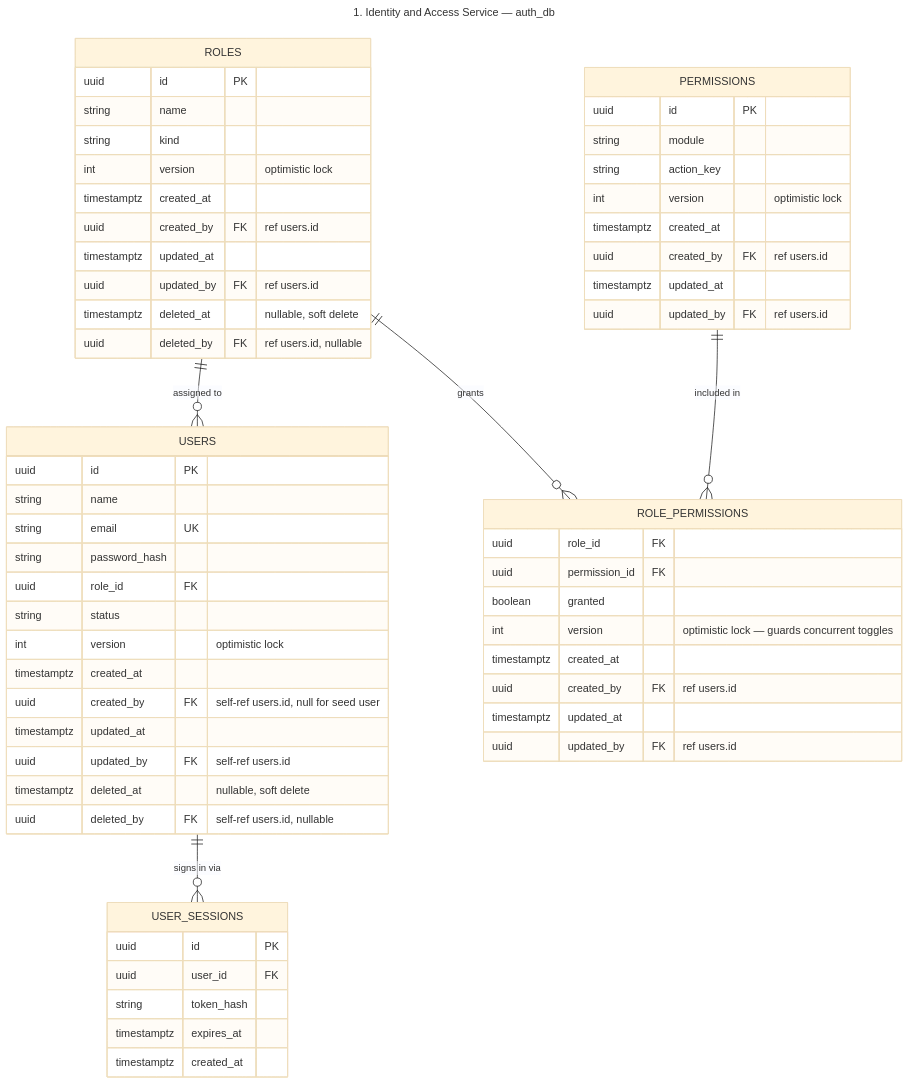
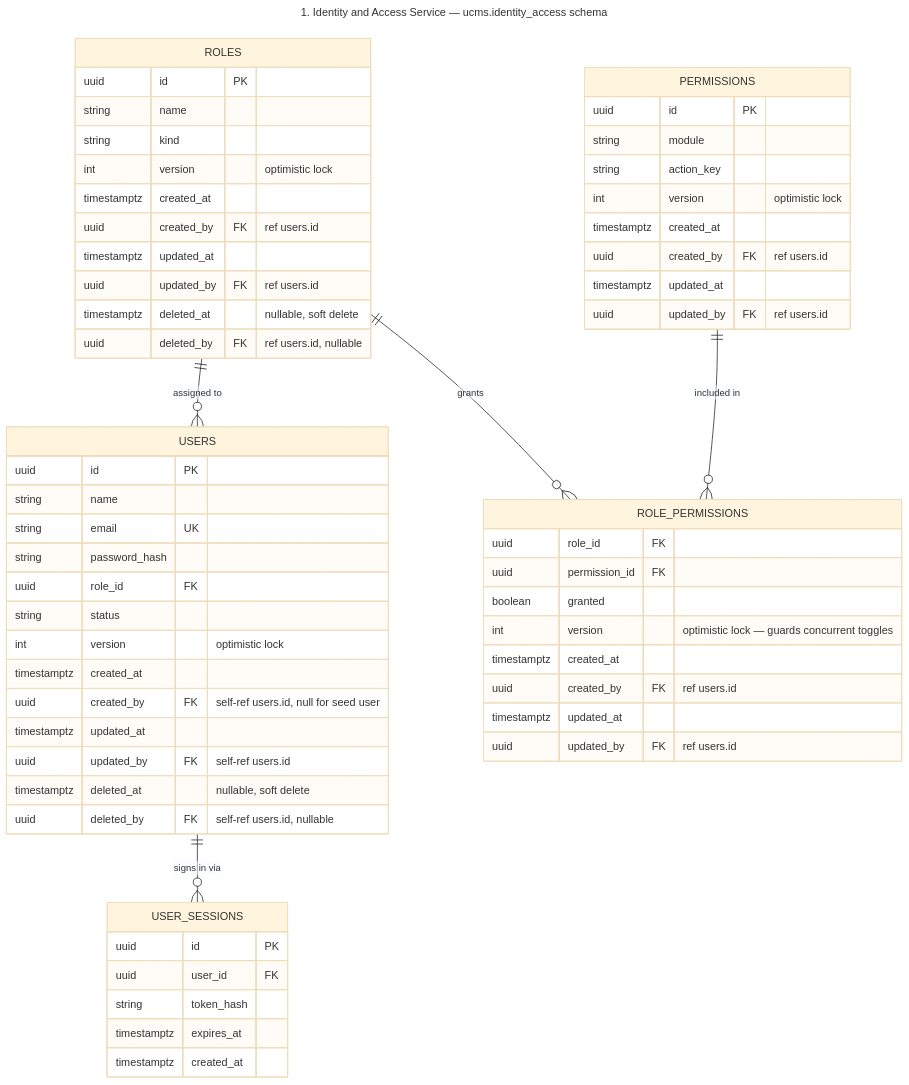
One commit to ESD-ONE/University-Course-Management-System changed the diagram in docs/architecture/tables-01-identity-access.mmd. Above: the diagram before and after it, drawn with Mermaid (base theme). The commit also changed 19 other files, not shown here.

First line of the commit message:
Sync architecture diagrams: schema-per-service, not database-per-service

```diff
--- a/docs/architecture/tables-01-identity-access.mmd
+++ b/docs/architecture/tables-01-identity-access.mmd
@@ -1,63 +1,63 @@
 ---
-title: 1. Identity and Access Service — auth_db
+title: 1. Identity and Access Service — ucms.identity_access schema
 ---
 erDiagram
     USERS {
         uuid id PK
         string name
         string email UK
         string password_hash
         uuid role_id FK
         string status
         int version "optimistic lock"
         timestamptz created_at
         uuid created_by FK "self-ref users.id, null for seed user"
         timestamptz updated_at
         uuid updated_by FK "self-ref users.id"
         timestamptz deleted_at "nullable, soft delete"
         uuid deleted_by FK "self-ref users.id, nullable"
     }
     ROLES {
         uuid id PK
         string name
         string kind
         int version "optimistic lock"
         timestamptz created_at
         uuid created_by FK "ref users.id"
         timestamptz updated_at
         uuid updated_by FK "ref users.id"
         timestamptz deleted_at "nullable, soft delete"
         uuid deleted_by FK "ref users.id, nullable"
     }
     PERMISSIONS {
         uuid id PK
         string module
         string action_key
         int version "optimistic lock"
         timestamptz created_at
         uuid created_by FK "ref users.id"
         timestamptz updated_at
         uuid updated_by FK "ref users.id"
     }
     ROLE_PERMISSIONS {
         uuid role_id FK
         uuid permission_id FK
         boolean granted
         int version "optimistic lock — guards concurrent toggles"
         timestamptz created_at
         uuid created_by FK "ref users.id"
         timestamptz updated_at
         uuid updated_by FK "ref users.id"
     }
     USER_SESSIONS {
         uuid id PK
         uuid user_id FK
         string token_hash
         timestamptz expires_at
         timestamptz created_at
     }
 
     ROLES ||--o{ USERS : "assigned to"
     ROLES ||--o{ ROLE_PERMISSIONS : "grants"
     PERMISSIONS ||--o{ ROLE_PERMISSIONS : "included in"
     USERS ||--o{ USER_SESSIONS : "signs in via"
```
